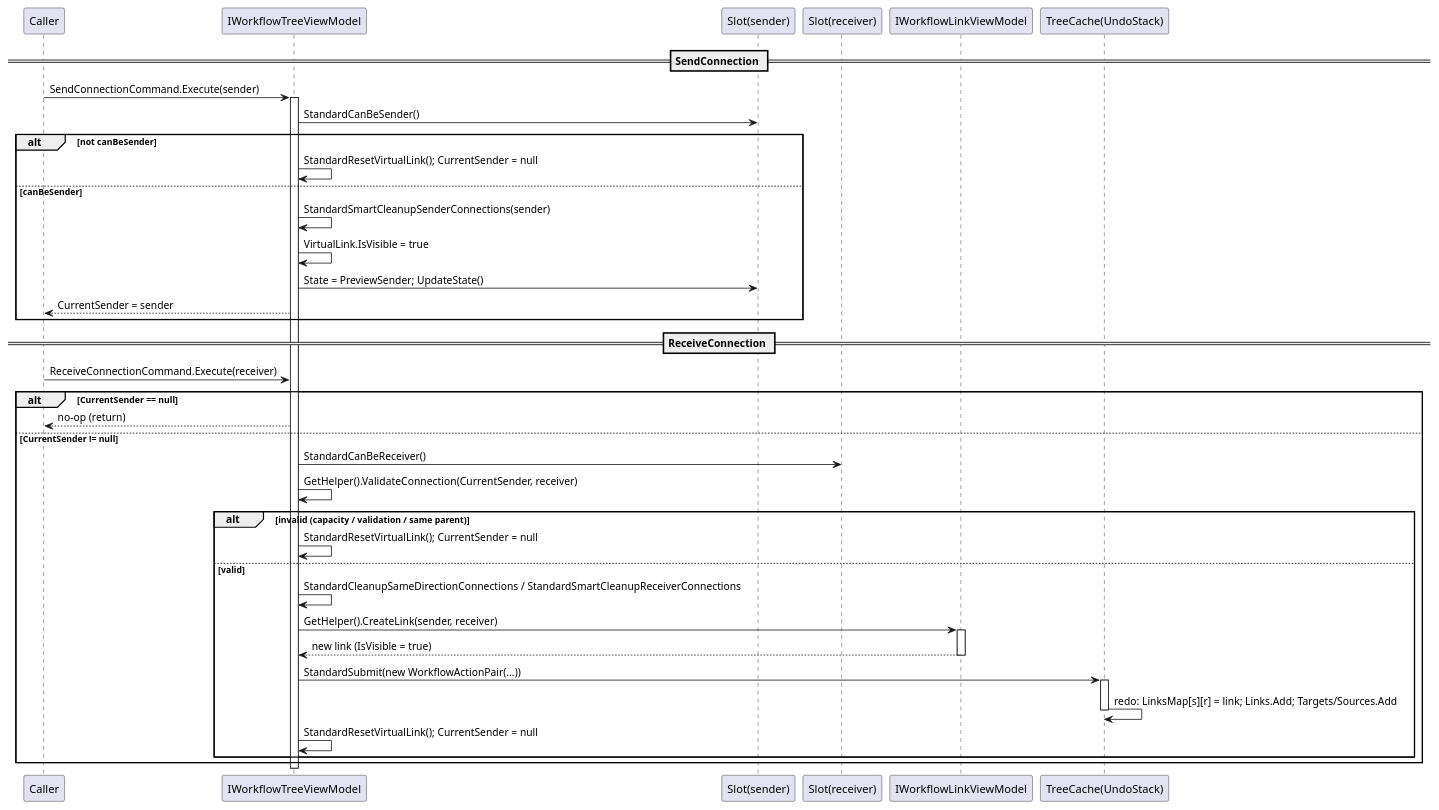
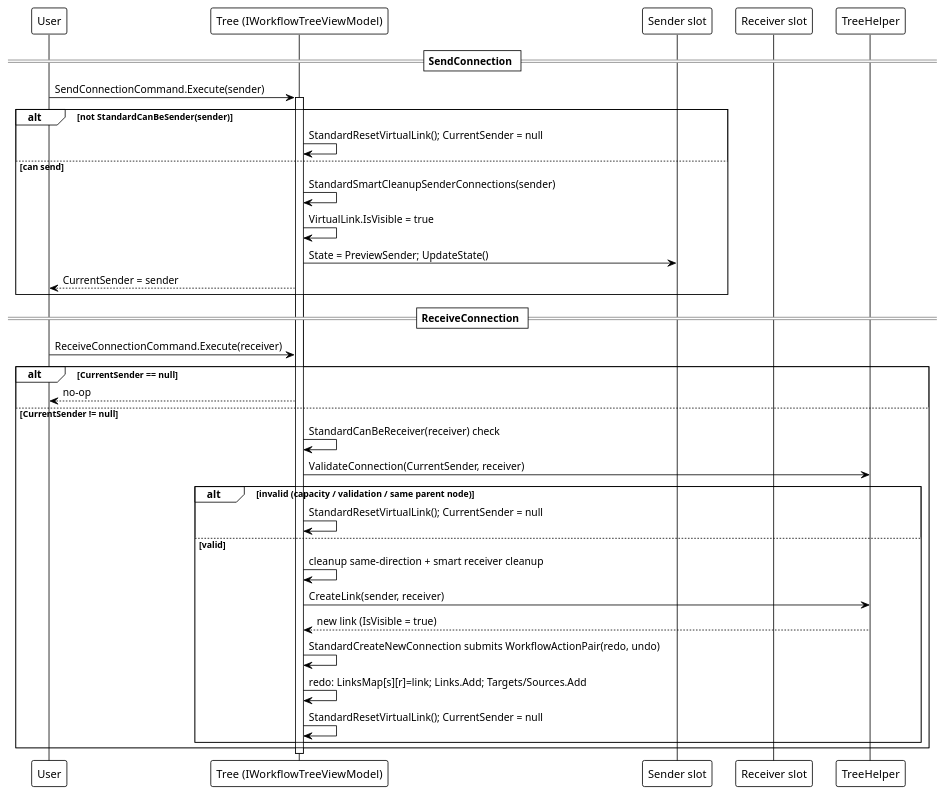
The first of 5 diagrams in src/CloudGlyph/Assets/Docs/content/en/3_SE_Analysis/03_data-flow/00_workflow-system/index.md (Axvser/VeloxDev.Docs), drawn with PlantUML before and after one commit. The commit also changed other lines of this file and 443 other files, not shown here.

First line of the commit message:
wiki: systematic CloudGlyph redo of all features to current code

````diff
--- a/src/CloudGlyph/Assets/Docs/content/en/3_SE_Analysis/03_data-flow/00_workflow-system/index.md
+++ b/src/CloudGlyph/Assets/Docs/content/en/3_SE_Analysis/03_data-flow/00_workflow-system/index.md
@@ -9,47 +9,42 @@
 ```plantuml
 @startuml
-    participant Caller
-participant "IWorkflowTreeViewModel" as Tree
-participant "Slot(sender)" as Sender
-participant "Slot(receiver)" as Receiver
-participant "IWorkflowLinkViewModel" as Link
-participant "TreeCache(UndoStack)" as Cache
+!theme plain
+participant User
+participant "Tree (IWorkflowTreeViewModel)" as Tree
+participant "Sender slot" as Sender
+participant "Receiver slot" as Receiver
+participant "TreeHelper" as Helper
 
-    == SendConnection ==
-    Caller -> Tree: SendConnectionCommand.Execute(sender)
-    activate Tree
-    Tree -> Sender: StandardCanBeSender()
-    alt not canBeSender
+== SendConnection ==
+User -> Tree: SendConnectionCommand.Execute(sender)
+activate Tree
+alt not StandardCanBeSender(sender)
+    Tree -> Tree: StandardResetVirtualLink(); CurrentSender = null
+else can send
+    Tree -> Tree: StandardSmartCleanupSenderConnections(sender)
+    Tree -> Tree: VirtualLink.IsVisible = true
+    Tree -> Sender: State = PreviewSender; UpdateState()
+    Tree --> User: CurrentSender = sender
+end
+
+== ReceiveConnection ==
+User -> Tree: ReceiveConnectionCommand.Execute(receiver)
+alt CurrentSender == null
+    Tree --> User: no-op
+else CurrentSender != null
+    Tree -> Tree: StandardCanBeReceiver(receiver) check
+    Tree -> Helper: ValidateConnection(CurrentSender, receiver)
+    alt invalid (capacity / validation / same parent node)
         Tree -> Tree: StandardResetVirtualLink(); CurrentSender = null
-    else canBeSender
-        Tree -> Tree: StandardSmartCleanupSenderConnections(sender)
-        Tree -> Tree: VirtualLink.IsVisible = true
-        Tree -> Sender: State = PreviewSender; UpdateState()
-        Tree --> Caller: CurrentSender = sender
+    else valid
+        Tree -> Tree: cleanup same-direction + smart receiver cleanup
+        Tree -> Helper: CreateLink(sender, receiver)
+        Helper --> Tree: new link (IsVisible = true)
+        Tree -> Tree: StandardCreateNewConnection submits WorkflowActionPair(redo, undo)
+        Tree -> Tree: redo: LinksMap[s][r]=link; Links.Add; Targets/Sources.Add
+        Tree -> Tree: StandardResetVirtualLink(); CurrentSender = null
     end
-
-    == ReceiveConnection ==
-    Caller -> Tree: ReceiveConnectionCommand.Execute(receiver)
-    alt CurrentSender == null
-        Tree --> Caller: no-op (return)
-    else CurrentSender != null
-        Tree -> Receiver: StandardCanBeReceiver()
-        Tree -> Tree: GetHelper().ValidateConnection(CurrentSender, receiver)
-        alt invalid (capacity / validation / same parent)
-            Tree -> Tree: StandardResetVirtualLink(); CurrentSender = null
-        else valid
-            Tree -> Tree: StandardCleanupSameDirectionConnections / StandardSmartCleanupReceiverConnections
-            Tree -> Link: GetHelper().CreateLink(sender, receiver)
-            activate Link
-            Link --> Tree: new link (IsVisible = true)
-            deactivate Link
-            Tree -> Cache: StandardSubmit(new WorkflowActionPair(...))
-            activate Cache
-            Cache -> Cache: redo: LinksMap[s][r] = link; Links.Add; Targets/Sources.Add
-            deactivate Cache
-            Tree -> Tree: StandardResetVirtualLink(); CurrentSender = null
-        end
-    end
-    deactivate Tree
+end
+deactivate Tree
 @enduml
 ```
````
